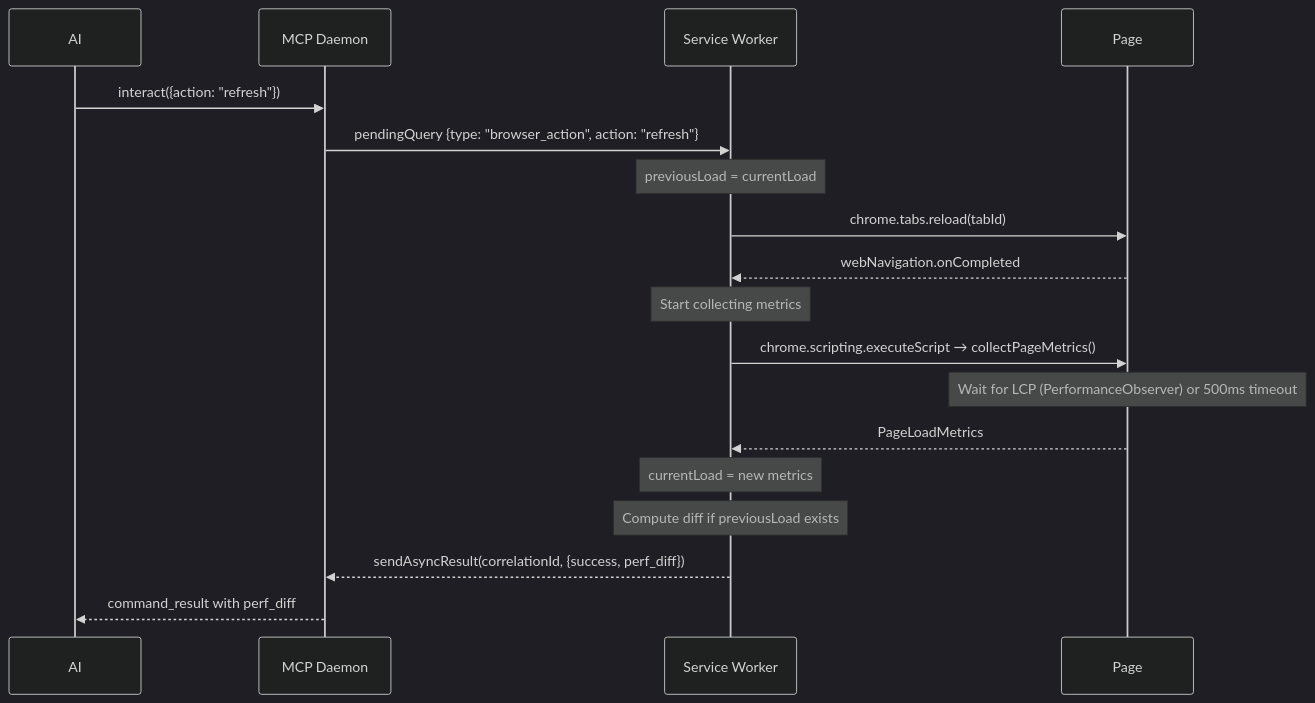
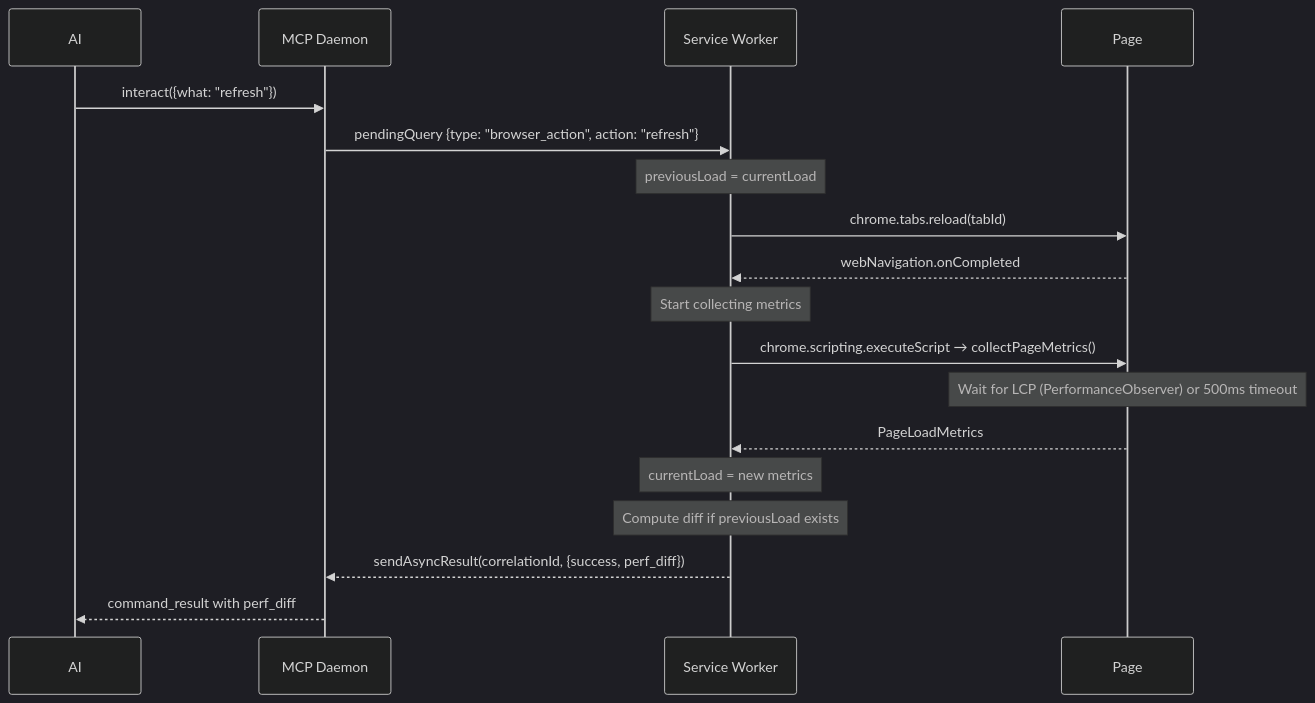
Before and after one commit to brennhill/Kaboom-Browser-AI-Devtools-MCP: the first of 2 diagrams in docs/features/feature/perf-experimentation/tech-spec.md, drawn with Mermaid (dark theme). The commit also changed other lines of this file and 243 other files, not shown here.

````diff
--- a/docs/features/feature/perf-experimentation/tech-spec.md
+++ b/docs/features/feature/perf-experimentation/tech-spec.md
@@ -194,27 +194,27 @@
 ```mermaid
 sequenceDiagram
     participant AI
     participant Daemon as MCP Daemon
     participant SW as Service Worker
     participant Page
 
-    AI->>Daemon: interact({action: "refresh"})
+    AI->>Daemon: interact({what: "refresh"})
     Daemon->>SW: pendingQuery {type: "browser_action", action: "refresh"}
 
     Note over SW: previousLoad = currentLoad
 
     SW->>Page: chrome.tabs.reload(tabId)
     Page-->>SW: webNavigation.onCompleted
 
     Note over SW: Start collecting metrics
 
     SW->>Page: chrome.scripting.executeScript → collectPageMetrics()
     Note over Page: Wait for LCP (PerformanceObserver) or 500ms timeout
     Page-->>SW: PageLoadMetrics
 
     Note over SW: currentLoad = new metrics
     Note over SW: Compute diff if previousLoad exists
 
     SW-->>Daemon: sendAsyncResult(correlationId, {success, perf_diff})
     Daemon-->>AI: command_result with perf_diff
 ```
````
